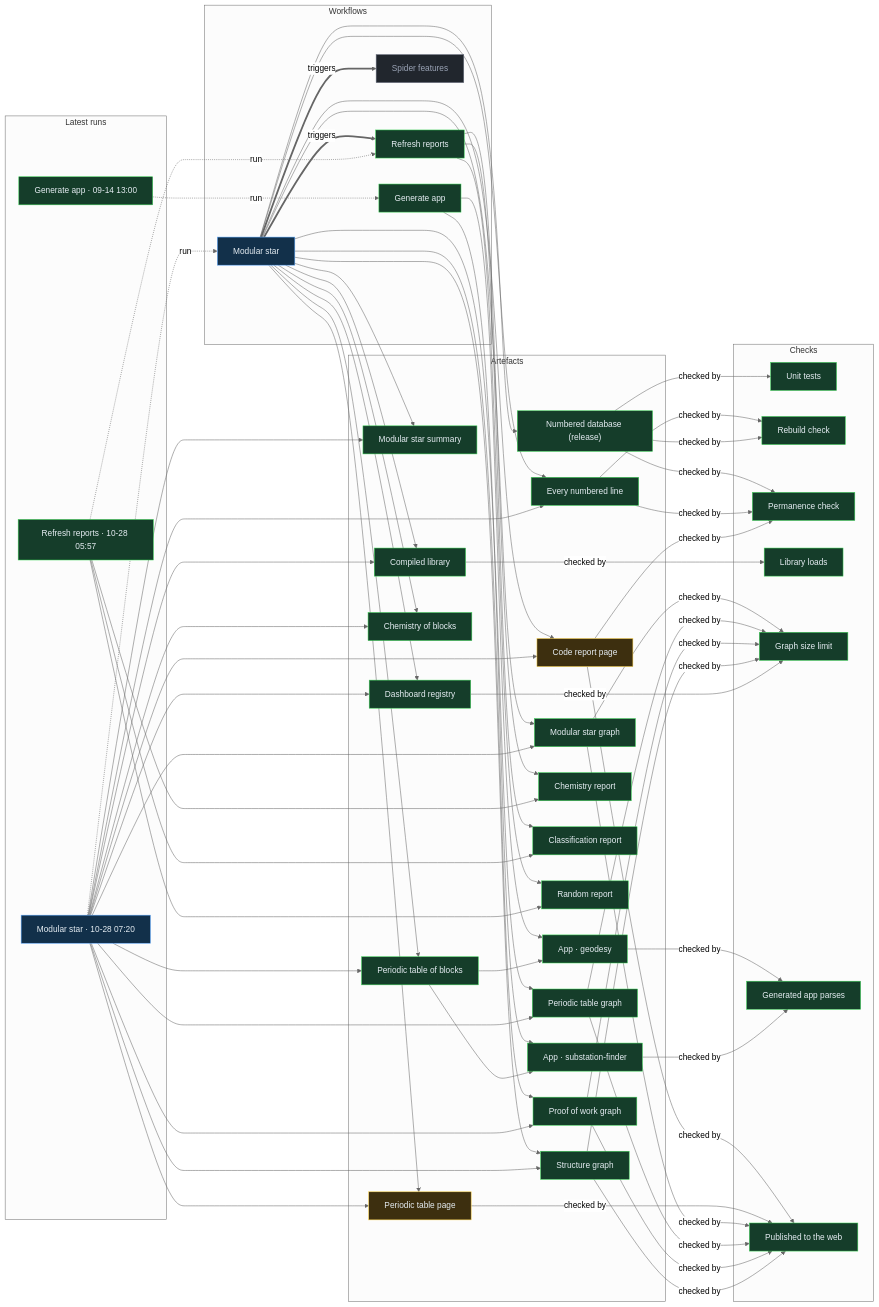
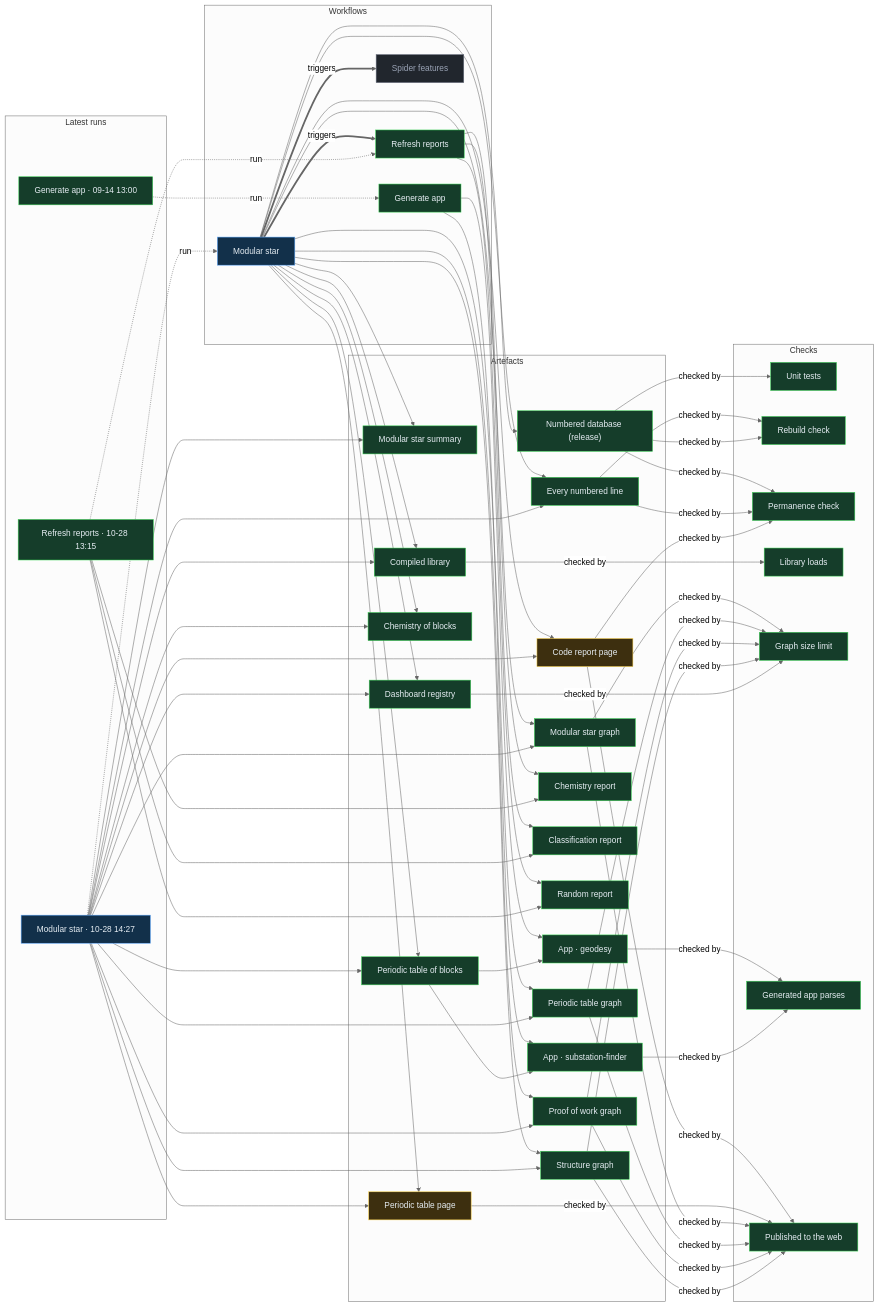
One commit to Ventusltd/stars changed the diagram in proof/PROOF.md. Above: the diagram before and after it, drawn with Mermaid (neutral theme). The commit also changed other lines of this file and 157 other files, not shown here.

Commit message:
Modular star 2026-10-28T14:29Z

```diff
--- a/proof/PROOF.md
+++ b/proof/PROOF.md
@@ -24,8 +24,8 @@
   n_wf_spider_features["Spider features"]:::off
   end
   subgraph g_runs["Latest runs"]
-  n_run_40649459779["Modular star · 10-28 07:20"]:::live
-  n_run_40640970673["Refresh reports · 10-28 05:57"]:::ok
+  n_run_40706056801["Modular star · 10-28 14:27"]:::live
+  n_run_40694820688["Refresh reports · 10-28 13:15"]:::ok
   n_run_34846587798["Generate app · 09-14 13:00"]:::ok
   end
   subgraph g_artefacts["Artefacts"]
@@ -59,39 +59,39 @@
   end
   n_wf_modular_star == triggers ==> n_wf_refresh
   n_wf_modular_star == triggers ==> n_wf_spider_features
-  n_run_40649459779 -. run .-> n_wf_modular_star
-  n_run_40640970673 -. run .-> n_wf_refresh
+  n_run_40706056801 -. run .-> n_wf_modular_star
+  n_run_40694820688 -. run .-> n_wf_refresh
   n_run_34846587798 -. run .-> n_wf_generate
   n_wf_modular_star --> n_art_summary
-  n_run_40649459779 --> n_art_summary
+  n_run_40706056801 --> n_art_summary
   n_wf_modular_star --> n_art_lines
-  n_run_40649459779 --> n_art_lines
+  n_run_40706056801 --> n_art_lines
   n_wf_modular_star --> n_art_code
-  n_run_40649459779 --> n_art_code
+  n_run_40706056801 --> n_art_code
   n_wf_modular_star --> n_art_modular_graph
-  n_run_40649459779 --> n_art_modular_graph
+  n_run_40706056801 --> n_art_modular_graph
   n_wf_modular_star --> n_art_blocks
-  n_run_40649459779 --> n_art_blocks
+  n_run_40706056801 --> n_art_blocks
   n_wf_modular_star --> n_art_table
-  n_run_40649459779 --> n_art_table
+  n_run_40706056801 --> n_art_table
   n_wf_modular_star --> n_art_blocks_graph
-  n_run_40649459779 --> n_art_blocks_graph
+  n_run_40706056801 --> n_art_blocks_graph
   n_wf_modular_star --> n_art_reactions
-  n_run_40649459779 --> n_art_reactions
+  n_run_40706056801 --> n_art_reactions
   n_wf_modular_star --> n_art_library
-  n_run_40649459779 --> n_art_library
+  n_run_40706056801 --> n_art_library
   n_wf_modular_star --> n_art_features
-  n_run_40649459779 --> n_art_features
+  n_run_40706056801 --> n_art_features
   n_wf_modular_star --> n_art_proof
-  n_run_40649459779 --> n_art_proof
+  n_run_40706056801 --> n_art_proof
   n_wf_modular_star --> n_art_structure
-  n_run_40649459779 --> n_art_structure
+  n_run_40706056801 --> n_art_structure
   n_wf_refresh --> n_art_chemistry
-  n_run_40640970673 --> n_art_chemistry
+  n_run_40694820688 --> n_art_chemistry
   n_wf_refresh --> n_art_vedic
-  n_run_40640970673 --> n_art_vedic
+  n_run_40694820688 --> n_art_vedic
   n_wf_refresh --> n_art_random
-  n_run_40640970673 --> n_art_random
+  n_run_40694820688 --> n_art_random
   n_wf_modular_star --> n_art_release
   n_wf_generate --> n_app_geodesy
   n_art_blocks --> n_app_geodesy
```
